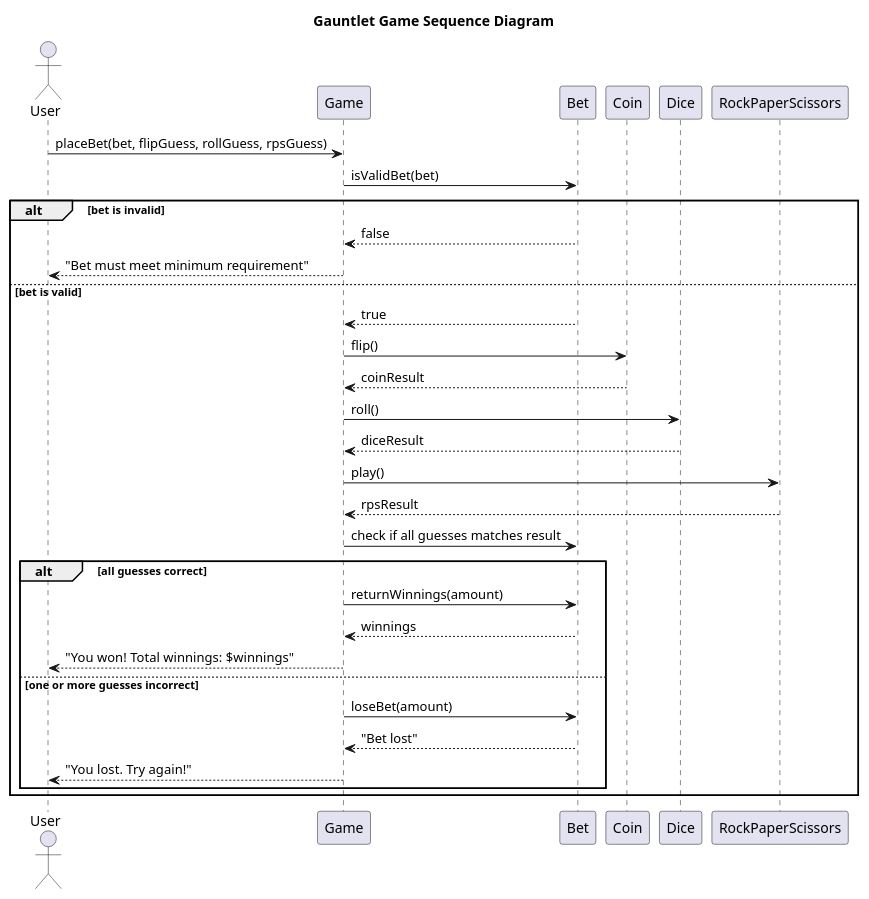
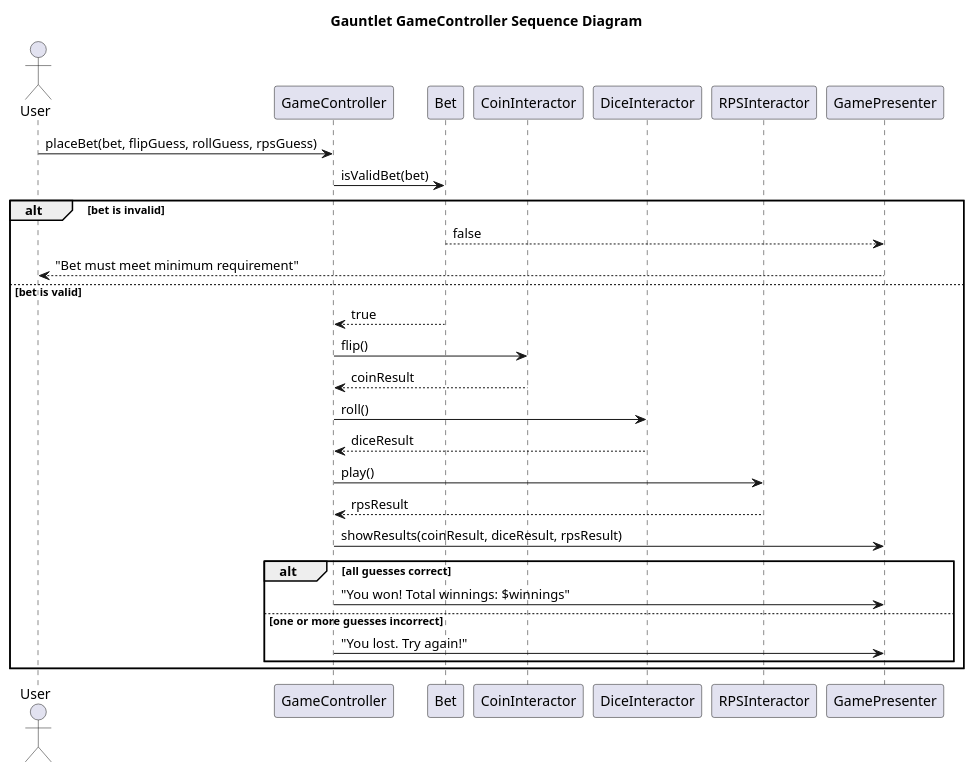
The diagram in UML diagrams/GaunletGame_Jswing.puml (oreogasper/GRPPROJECT), drawn with PlantUML before and after one commit.

Commit message:
modified gaunlet sequence diagram

```diff
--- a/UML diagrams/GaunletGame_Jswing.puml
+++ b/UML diagrams/GaunletGame_Jswing.puml
@@ -1,45 +1,41 @@
 @startuml
 'https://plantuml.com/sequence-diagram
 
 /'autonumber
 
 Alice -> Bob: Authentication Request
 Bob --> Alice: Authentication Response
 
 Alice -> Bob: Another authentication Request
 Alice <-- Bob: another authentication Response'/
-title Gauntlet Game Sequence Diagram
+title Gauntlet GameController Sequence Diagram
 
 actor User
-participant Game
+participant GameController
 participant Bet
-participant Coin
-participant Dice
-participant RockPaperScissors
+participant CoinInteractor
+participant DiceInteractor
+participant RPSInteractor
+participant GamePresenter
 
-User -> Game : placeBet(bet, flipGuess, rollGuess, rpsGuess)
-Game -> Bet : isValidBet(bet)
+User -> GameController : placeBet(bet, flipGuess, rollGuess, rpsGuess)
+GameController -> Bet : isValidBet(bet)
 alt bet is invalid
-    Bet --> Game : false
-    Game --> User : "Bet must meet minimum requirement"
+    Bet --> GamePresenter : false
+    GamePresenter --> User : "Bet must meet minimum requirement"
 else bet is valid
-    Bet --> Game : true
-    Game -> Coin : flip()
-    Coin --> Game : coinResult
-    Game -> Dice : roll()
-    Dice --> Game : diceResult
-    Game -> RockPaperScissors : play()
-    RockPaperScissors --> Game : rpsResult
-Game -> Bet : check if all guesses matches result
-
+    Bet --> GameController : true
+    GameController -> CoinInteractor : flip()
+    CoinInteractor --> GameController : coinResult
+    GameController -> DiceInteractor : roll()
+    DiceInteractor --> GameController : diceResult
+    GameController -> RPSInteractor : play()
+    RPSInteractor --> GameController : rpsResult
+    GameController -> GamePresenter : showResults(coinResult, diceResult, rpsResult)
     alt all guesses correct
-        Game -> Bet : returnWinnings(amount)
-        Bet --> Game : winnings
-        Game --> User : "You won! Total winnings: $winnings"
+        GameController -> GamePresenter : "You won! Total winnings: $winnings"
     else one or more guesses incorrect
-        Game -> Bet : loseBet(amount)
-        Bet --> Game : "Bet lost"
-        Game --> User : "You lost. Try again!"
+        GameController -> GamePresenter : "You lost. Try again!"
     end
 end
 @enduml
```
